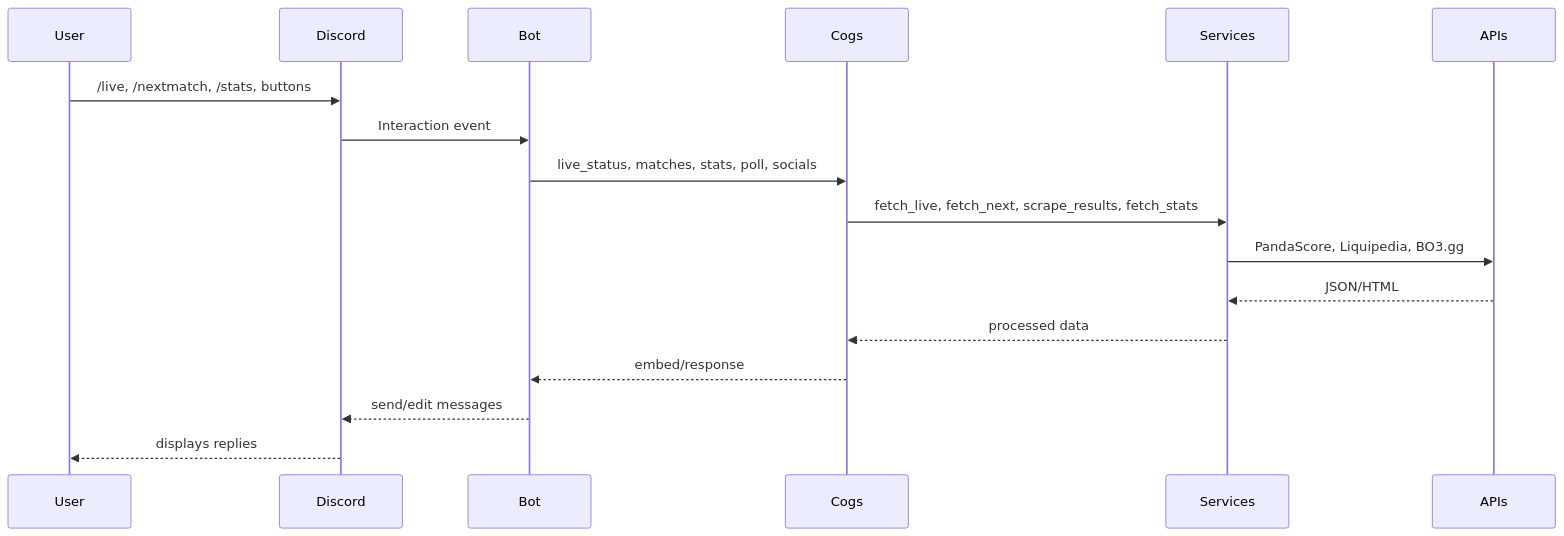
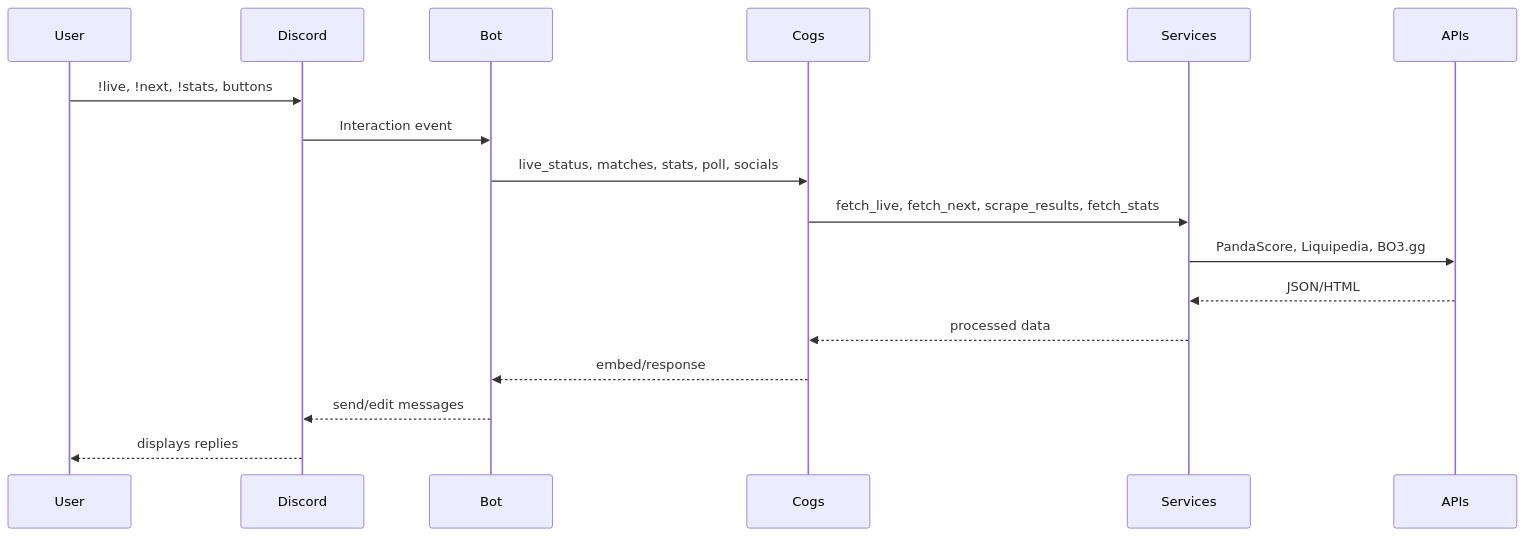
Before and after one commit to andrefelipebarros/FuriaBot-Discord: the second of 2 diagrams in README.md, drawn with Mermaid. The commit also changed other lines of this file, not shown here.

`````diff
--- a/README.md
+++ b/README.md
@@ -179,20 +179,20 @@
 ```mermaid
 sequenceDiagram
     participant User
     participant Discord
     participant Bot
     participant Cogs
     participant Services
     participant APIs
 
-    User->>Discord: /live, /nextmatch, /stats, buttons
+    User->>Discord: !live, !next, !stats, buttons
     Discord->>Bot: Interaction event
     Bot->>Cogs: live_status, matches, stats, poll, socials
     Cogs->>Services: fetch_live, fetch_next, scrape_results, fetch_stats
     Services->>APIs: PandaScore, Liquipedia, BO3.gg
     APIs-->>Services: JSON/HTML
     Services-->>Cogs: processed data
     Cogs-->>Bot: embed/response
     Bot-->>Discord: send/edit messages
     Discord-->>User: displays replies
 ````
`````
